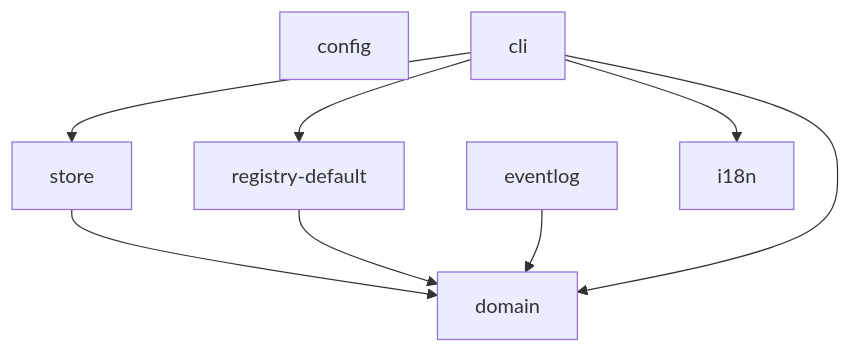
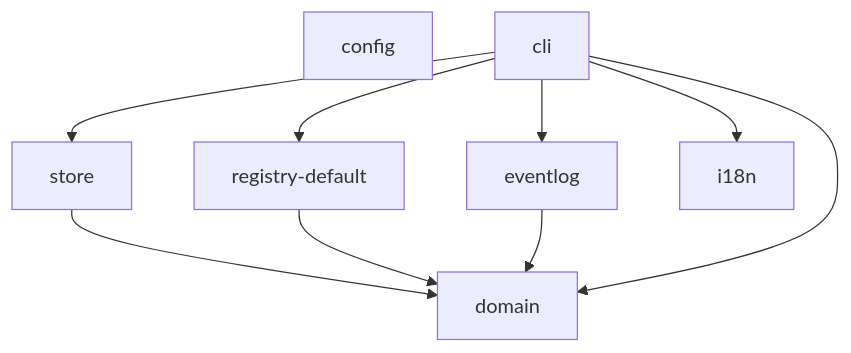
Before and after one commit to thap-nv/the-world-of-elvaria: the diagram in docs/dependency-graph.md, drawn with Mermaid. The commit also changed other lines of this file and 8 other files, not shown here.

````diff
--- a/docs/dependency-graph.md
+++ b/docs/dependency-graph.md
@@ -7,17 +7,18 @@
 ```mermaid
 flowchart TD
   config["config"]
   domain["domain"]
   store["store"]
   registry_default["registry-default"]
   eventlog["eventlog"]
   i18n["i18n"]
   cli["cli"]
   store --> domain
   registry_default --> domain
   eventlog --> domain
   cli --> domain
+  cli --> eventlog
   cli --> i18n
   cli --> registry_default
   cli --> store
 ```
````
